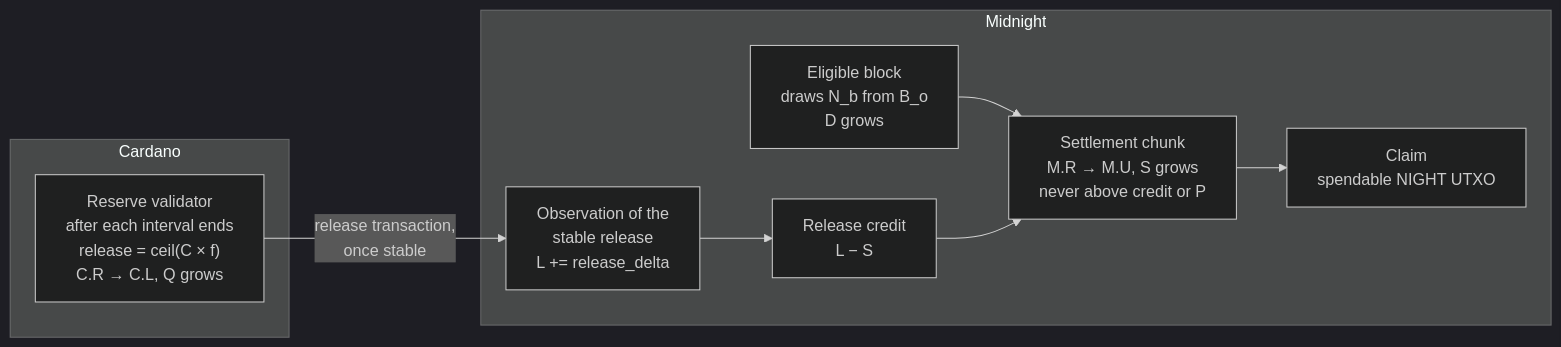
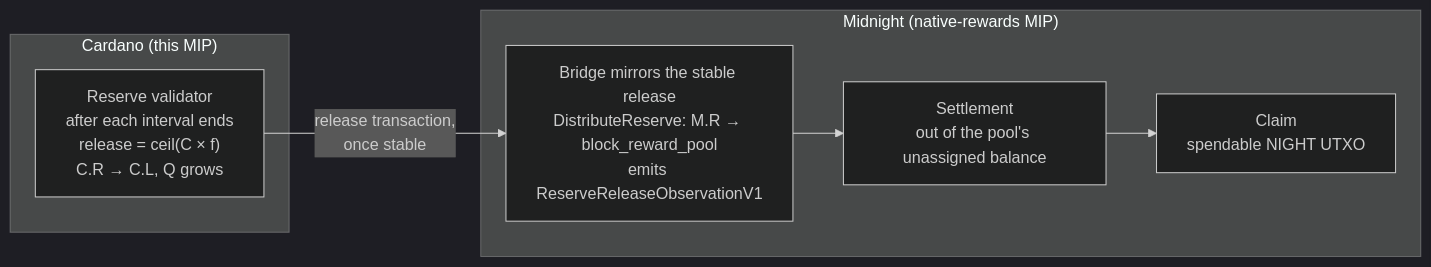
The diagram in mips/mip-xxxx-cardano-reserve-release.md (midnightntwrk/midnight-improvement-proposals), drawn with Mermaid (dark theme) before and after one commit. The commit also changed other lines of this file and 2 other files, not shown here.

First line of the commit message:
Address review of native NIGHT block rewards MIPs

````diff
--- a/mips/mip-xxxx-cardano-reserve-release.md
+++ b/mips/mip-xxxx-cardano-reserve-release.md
@@ -167,16 +128,13 @@
 ```mermaid
 flowchart LR
-    subgraph CAR["Cardano"]
+    subgraph CAR["Cardano (this MIP)"]
         RES["Reserve validator<br/>after each interval ends<br/>release = ceil(C × f)<br/>C.R → C.L, Q grows"]
     end
-    subgraph MID["Midnight"]
-        BLK["Eligible block<br/>draws N_b from B_o<br/>D grows"]
-        OBS["Observation of the<br/>stable release<br/>L += release_delta"]
-        CRD["Release credit<br/>L − S"]
-        SET["Settlement chunk<br/>M.R → M.U, S grows<br/>never above credit or P"]
+    subgraph MID["Midnight (native-rewards MIP)"]
+        OBS["Bridge mirrors the stable release<br/>DistributeReserve: M.R → block_reward_pool<br/>emits ReserveReleaseObservationV1"]
+        SET["Settlement<br/>out of the pool's unassigned balance"]
         CLM["Claim<br/>spendable NIGHT UTXO"]
-        BLK --> SET
-        OBS --> CRD --> SET --> CLM
+        OBS --> SET --> CLM
     end
     RES -- "release transaction,<br/>once stable" --> OBS
 ```
````
